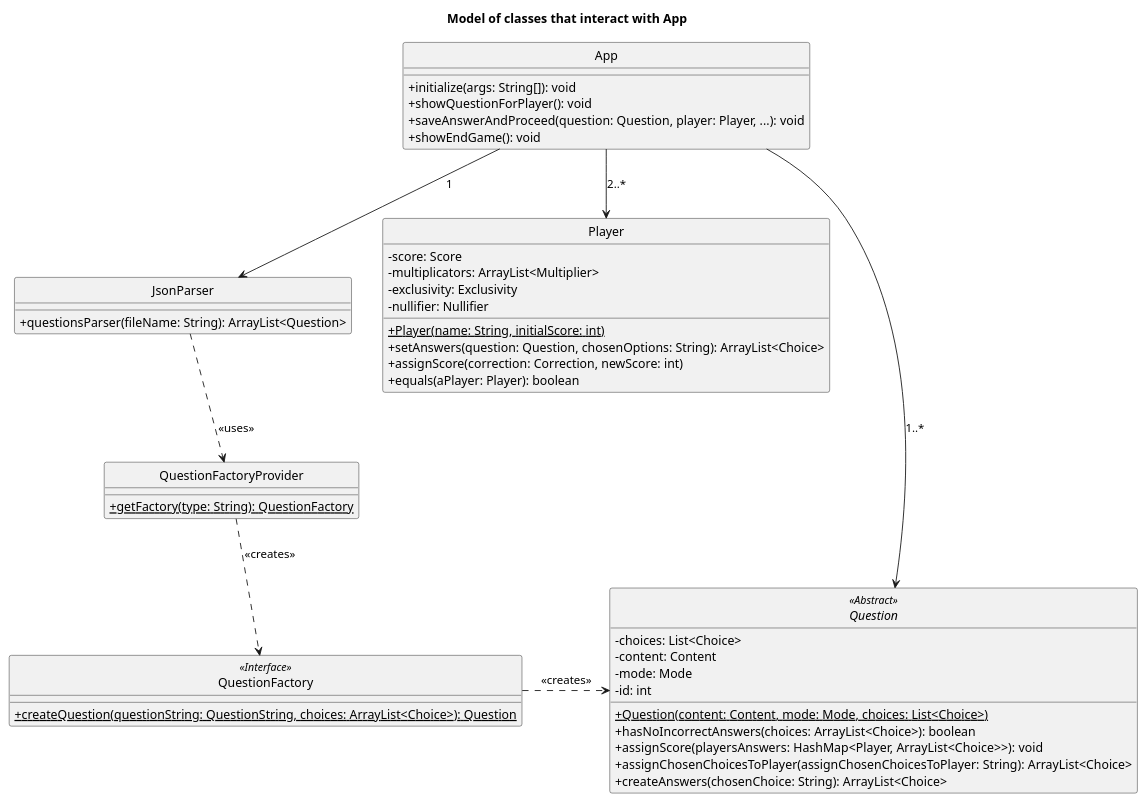
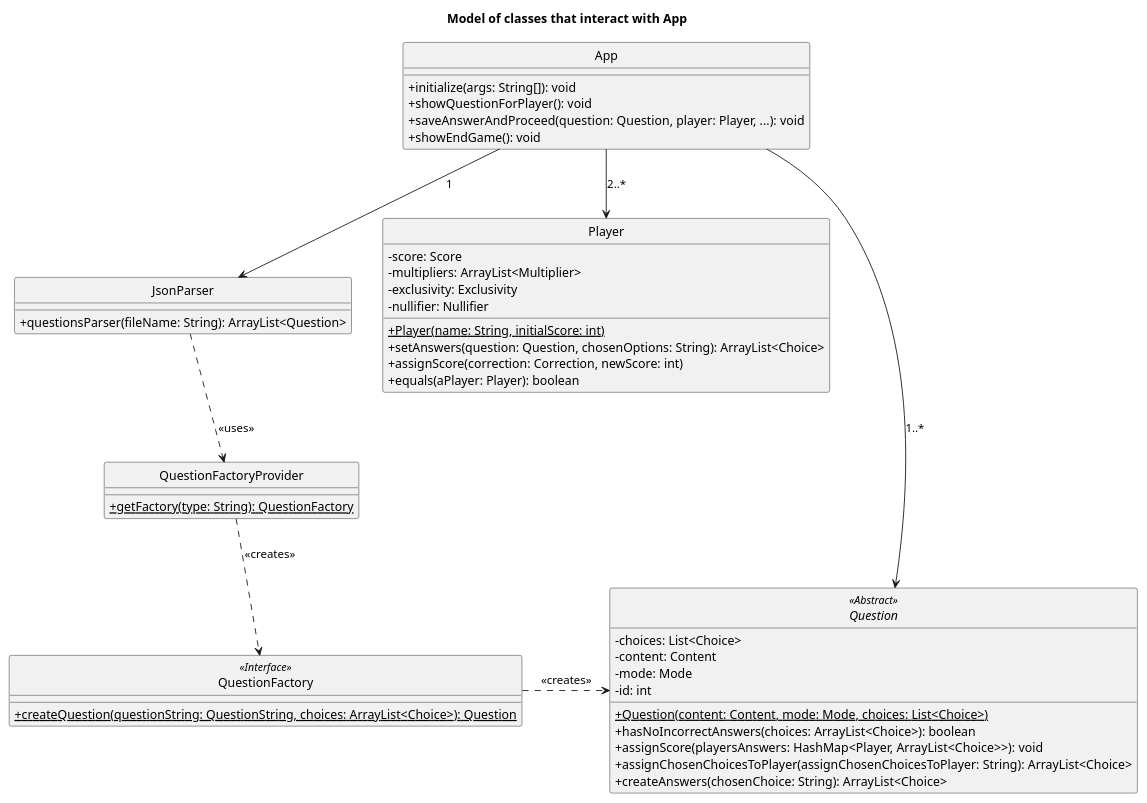
One commit to agpelliciari/TP2-Algo-III changed the diagram in UML files/ClassDiagramGameInteractionsModel.puml. Above: the diagram before and after it, drawn with PlantUML. The commit also changed 17 other files, not shown here.

```diff
--- a/UML files/ClassDiagramGameInteractionsModel.puml
+++ b/UML files/ClassDiagramGameInteractionsModel.puml
@@ -1,63 +1,63 @@
 @startuml
 
 skinparam monochrome true
 hide circle
 skinparam classAttributeIconSize 0
 
 title: Model of classes that interact with App
 
 class App {
 +initialize(args: String[]): void
 +showQuestionForPlayer(): void
 +saveAnswerAndProceed(question: Question, player: Player, ...): void
 +showEndGame(): void
 }
 
 abstract class Question{
 -choices: List<Choice>
 -content: Content
 -mode: Mode
 -id: int
 +{static}Question(content: Content, mode: Mode, choices: List<Choice>)
 +hasNoIncorrectAnswers(choices: ArrayList<Choice>): boolean
 +assignScore(playersAnswers: HashMap<Player, ArrayList<Choice>>): void
 +assignChosenChoicesToPlayer(assignChosenChoicesToPlayer: String): ArrayList<Choice>
 +createAnswers(chosenChoice: String): ArrayList<Choice>
 }
 
 class Player{
 -score: Score
--multiplicators: ArrayList<Multiplier>
+-multipliers: ArrayList<Multiplier>
 -exclusivity: Exclusivity
 -nullifier: Nullifier
 +{static}Player(name: String, initialScore: int)
 +setAnswers(question: Question, chosenOptions: String): ArrayList<Choice>
 +assignScore(correction: Correction, newScore: int)
 +equals(aPlayer: Player): boolean
 }
 
 class JsonParser{
 +questionsParser(fileName: String): ArrayList<Question>
 }
 
 class QuestionFactoryProvider{
 +{static}getFactory(type: String): QuestionFactory
 }
 
 class QuestionFactory{
 +{static}createQuestion(questionString: QuestionString, choices: ArrayList<Choice>): Question
 }
 
 App --> Question:1..*
 App --> Player:2..*
 App --> JsonParser:1
 
 JsonParser ..> QuestionFactoryProvider: <<uses>>
 QuestionFactory .> Question: "<<creates>>"
 
 QuestionFactoryProvider ..> QuestionFactory: "<<creates>>"
 
 Question <<Abstract>>
 QuestionFactory <<Interface>>
 
 @enduml
```
